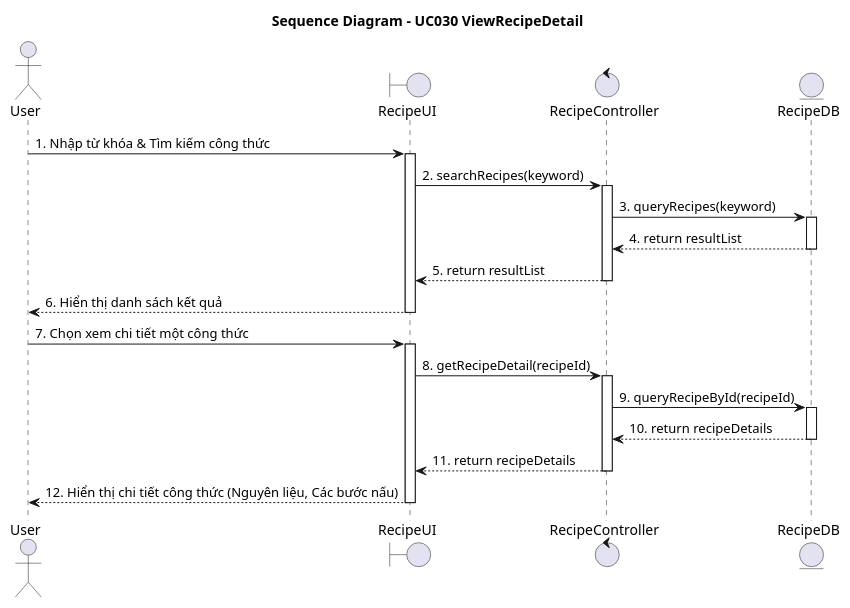
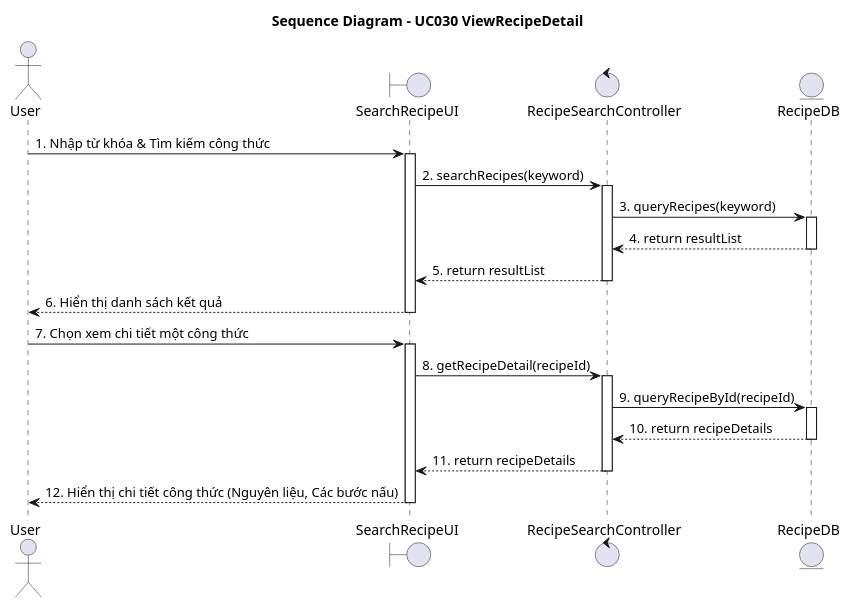
Before and after one commit to Alt2210/NaviMart: the diagram in diagrams/Module_6_AI_Recipes/UC030_Tìm_kiếm_và_Xem_chi_tiết_công_thức_Sequence.puml, drawn with PlantUML. The commit also changed 113 other files, not shown here.

```diff
--- a/diagrams/Module_6_AI_Recipes/UC030_Tìm_kiếm_và_Xem_chi_tiết_công_thức_Sequence.puml
+++ b/diagrams/Module_6_AI_Recipes/UC030_Tìm_kiếm_và_Xem_chi_tiết_công_thức_Sequence.puml
@@ -1,34 +1,34 @@
 @startuml
 title Sequence Diagram - UC030 ViewRecipeDetail
 
 actor "User" as Actor
-boundary "RecipeUI" as UI
-control "RecipeController" as Controller
+boundary "SearchRecipeUI" as UI
+control "RecipeSearchController" as Controller
 entity "RecipeDB" as Entity
 
 Actor -> UI : 1. Nhập từ khóa & Tìm kiếm công thức
 activate UI
 UI -> Controller : 2. searchRecipes(keyword)
 activate Controller
 Controller -> Entity : 3. queryRecipes(keyword)
 activate Entity
 Entity --> Controller : 4. return resultList
 deactivate Entity
 Controller --> UI : 5. return resultList
 deactivate Controller
 UI --> Actor : 6. Hiển thị danh sách kết quả
 deactivate UI
 
 Actor -> UI : 7. Chọn xem chi tiết một công thức
 activate UI
 UI -> Controller : 8. getRecipeDetail(recipeId)
 activate Controller
 Controller -> Entity : 9. queryRecipeById(recipeId)
 activate Entity
 Entity --> Controller : 10. return recipeDetails
 deactivate Entity
 Controller --> UI : 11. return recipeDetails
 deactivate Controller
 UI --> Actor : 12. Hiển thị chi tiết công thức (Nguyên liệu, Các bước nấu)
 deactivate UI
 @enduml
```
